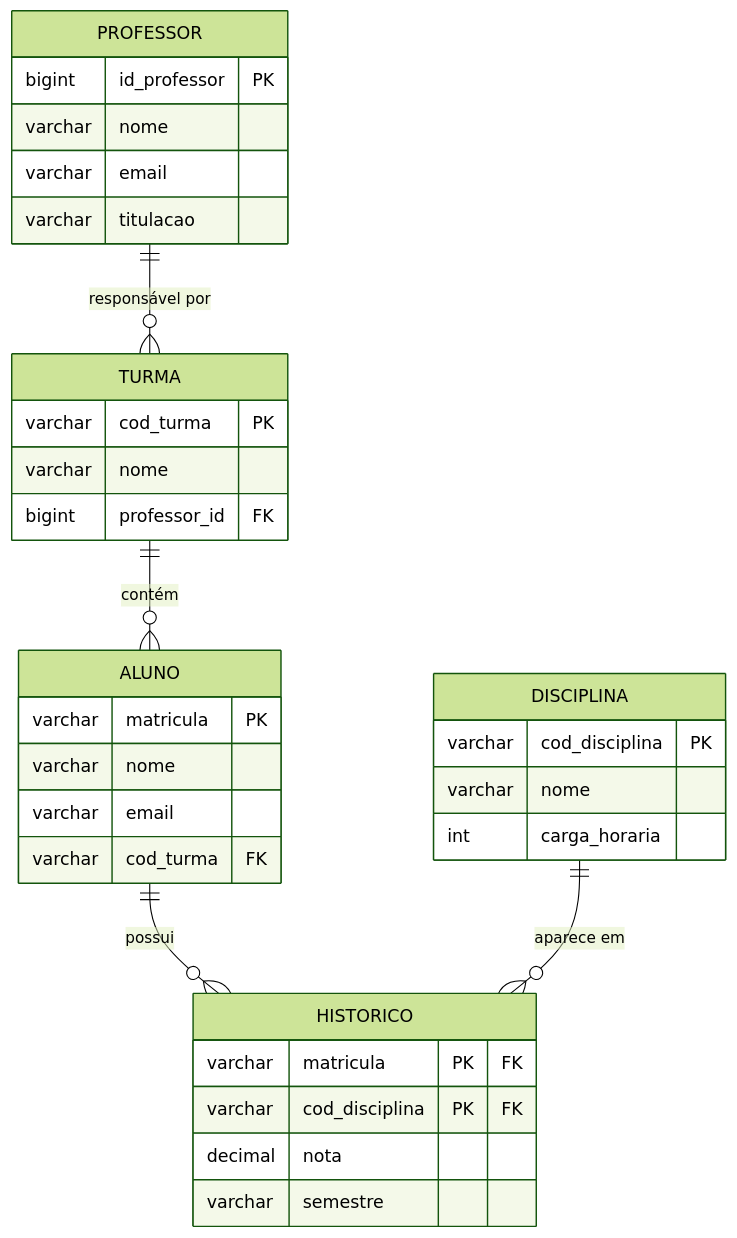
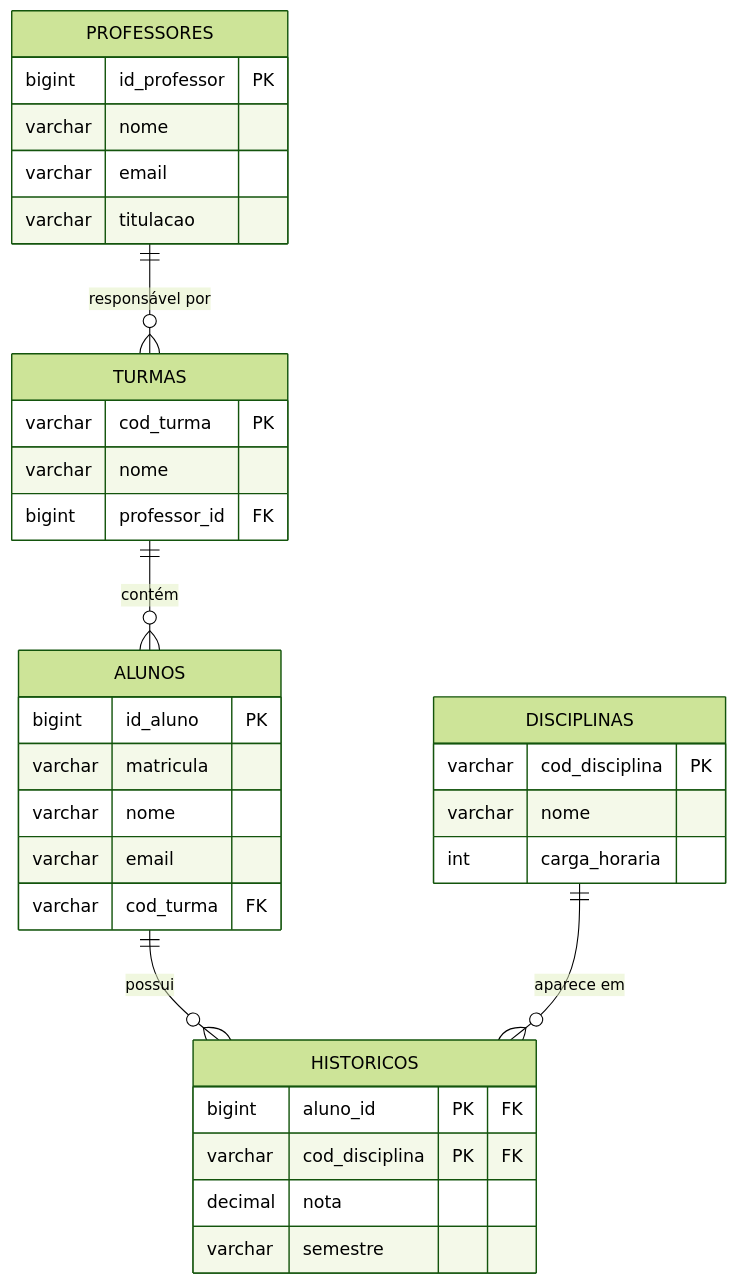
Before and after one commit to DSM-Fatec-Jahu/BDR-DSM-2026-2: the seventh of 9 diagrams in docs/aulas/Aula_02_Normalizacao.md, drawn with Mermaid (forest theme). The commit also changed other lines of this file and 1 other file, not shown here.

````diff
--- a/docs/aulas/Aula_02_Normalizacao.md
+++ b/docs/aulas/Aula_02_Normalizacao.md
@@ -479,40 +492,41 @@
 ```mermaid
 erDiagram
-    PROFESSOR {
+    PROFESSORES {
         bigint id_professor PK
         varchar nome
         varchar email
         varchar titulacao
     }
 
-    TURMA {
+    TURMAS {
         varchar cod_turma PK
         varchar nome
         bigint professor_id FK
     }
 
-    DISCIPLINA {
+    DISCIPLINAS {
         varchar cod_disciplina PK
         varchar nome
         int carga_horaria
     }
 
-    ALUNO {
-        varchar matricula PK
+    ALUNOS {
+        bigint id_aluno PK
+        varchar matricula
         varchar nome
         varchar email
         varchar cod_turma FK
     }
 
-    HISTORICO {
-        varchar matricula PK "FK"
+    HISTORICOS {
+        bigint aluno_id PK "FK"
         varchar cod_disciplina PK "FK"
         decimal nota
         varchar semestre
     }
 
-    PROFESSOR ||--o{ TURMA : "responsável por"
-    TURMA ||--o{ ALUNO : "contém"
-    ALUNO ||--o{ HISTORICO : "possui"
-    DISCIPLINA ||--o{ HISTORICO : "aparece em"
+    PROFESSORES ||--o{ TURMAS : "responsável por"
+    TURMAS ||--o{ ALUNOS : "contém"
+    ALUNOS ||--o{ HISTORICOS : "possui"
+    DISCIPLINAS ||--o{ HISTORICOS : "aparece em"
 ```
````
